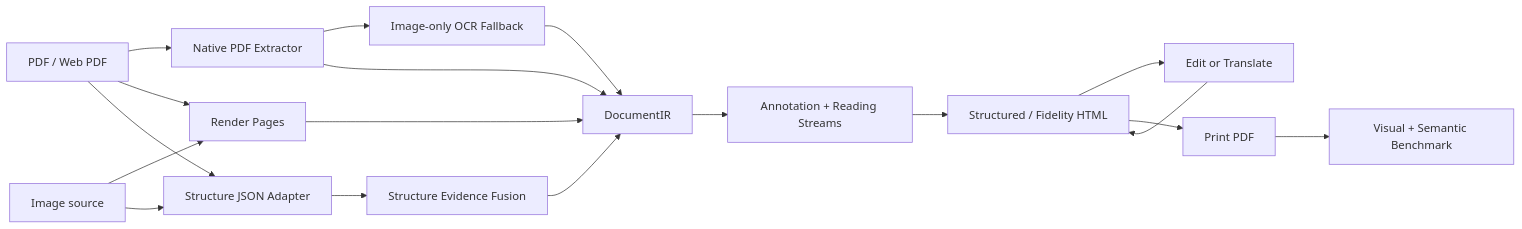
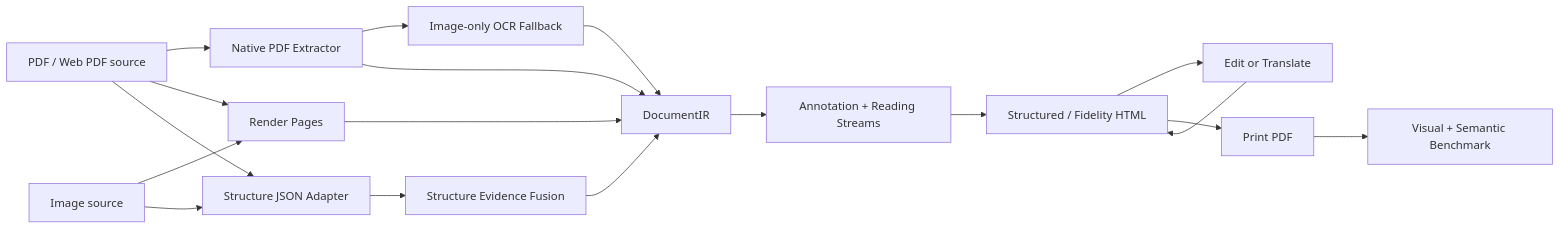
One commit to followcat/Scriptorium changed the diagram in README.en.md. Above: the diagram before and after it, drawn with Mermaid. The commit also changed other lines of this file and 6 other files, not shown here.

````diff
--- a/README.en.md
+++ b/README.en.md
@@ -134,20 +134,20 @@
 ```mermaid
 flowchart LR
-  A[PDF / Web PDF] --> B[Native PDF Extractor]
+  A[PDF / Web PDF source] --> B[Native PDF Extractor]
   M[Image source] --> C[Render Pages]
   M --> E[OCR / Structure JSON Adapter]
   A --> C[Render Pages]
   B --> D[Image-only OCR Fallback]
   A --> E[Structure JSON Adapter]
   E --> F[Structure Evidence Fusion]
   B --> G[DocumentIR]
   C --> G
   D --> G
   F --> G
   G --> H[Annotation + Reading Streams]
   H --> I[Structured / Fidelity HTML]
   I --> J[Edit or Translate]
   J --> I
   I --> K[Print PDF]
   K --> L[Visual + Semantic Benchmark]
 ```
````
